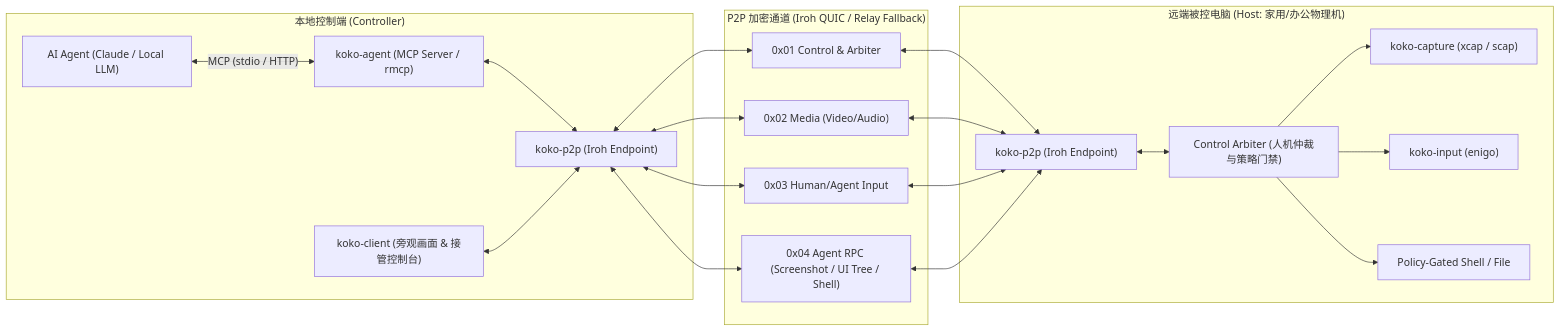
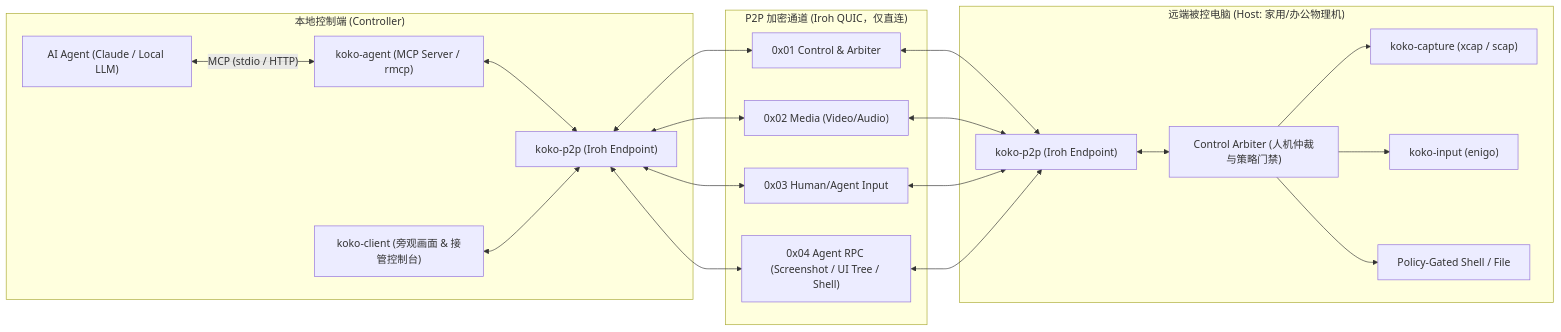
Before and after one commit to Kizai/koko: the second of 2 diagrams in docs/architecture.md, drawn with Mermaid. The commit also changed other lines of this file and 2 other files, not shown here.

````diff
--- a/docs/architecture.md
+++ b/docs/architecture.md
@@ -202,36 +202,36 @@
 ```mermaid
 flowchart LR
     subgraph Local["本地控制端 (Controller)"]
         AI["AI Agent (Claude / Local LLM)"]
         MCP["koko-agent (MCP Server / rmcp)"]
         UI["koko-client (旁观画面 & 接管控制台)"]
         P2P_L["koko-p2p (Iroh Endpoint)"]
         AI <-->|"MCP (stdio / HTTP)"| MCP
         MCP <--> P2P_L
         UI <--> P2P_L
     end
 
-    subgraph Network["P2P 加密通道 (Iroh QUIC / Relay Fallback)"]
+    subgraph Network["P2P 加密通道 (Iroh QUIC，仅直连)"]
         S1["0x01 Control & Arbiter"]
         S2["0x02 Media (Video/Audio)"]
         S3["0x03 Human/Agent Input"]
         S4["0x04 Agent RPC (Screenshot / UI Tree / Shell)"]
     end
 
     subgraph Remote["远端被控电脑 (Host: 家用/办公物理机)"]
         P2P_R["koko-p2p (Iroh Endpoint)"]
         ARB["Control Arbiter (人机仲裁与策略门禁)"]
         CAP["koko-capture (xcap / scap)"]
         INP["koko-input (enigo)"]
         SH["Policy-Gated Shell / File"]
         P2P_R <--> ARB
         ARB --> CAP
         ARB --> INP
         ARB --> SH
     end
 
     P2P_L <--> S1 <--> P2P_R
     P2P_L <--> S2 <--> P2P_R
     P2P_L <--> S3 <--> P2P_R
     P2P_L <--> S4 <--> P2P_R
 ```
````
